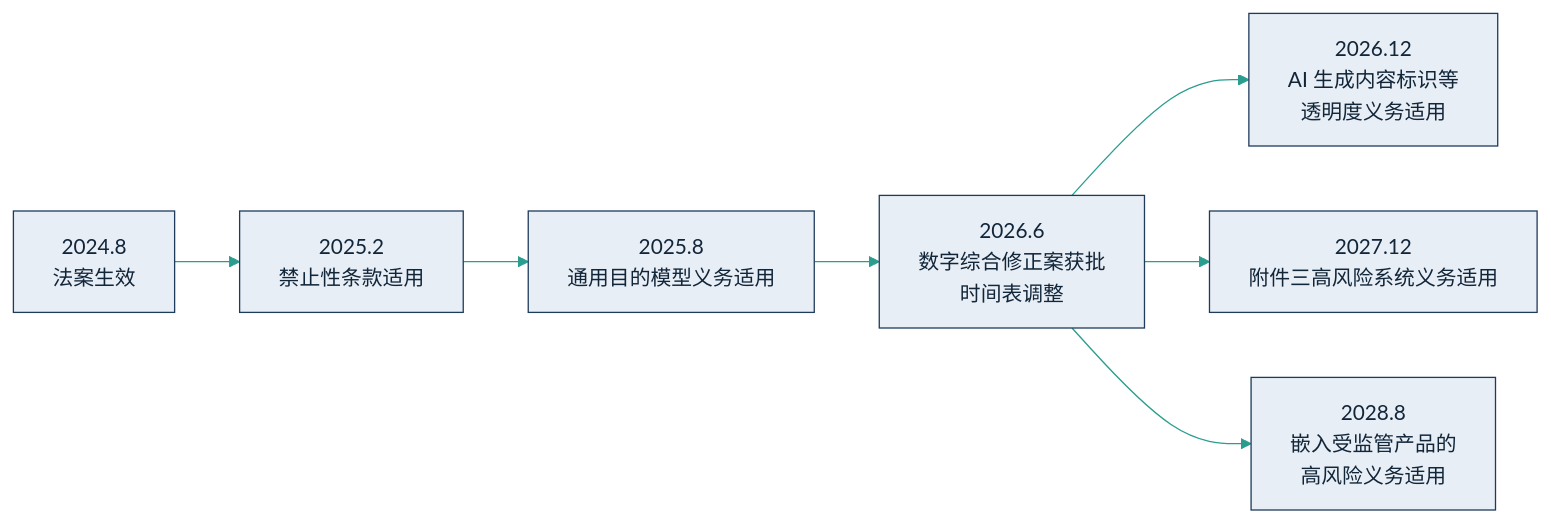
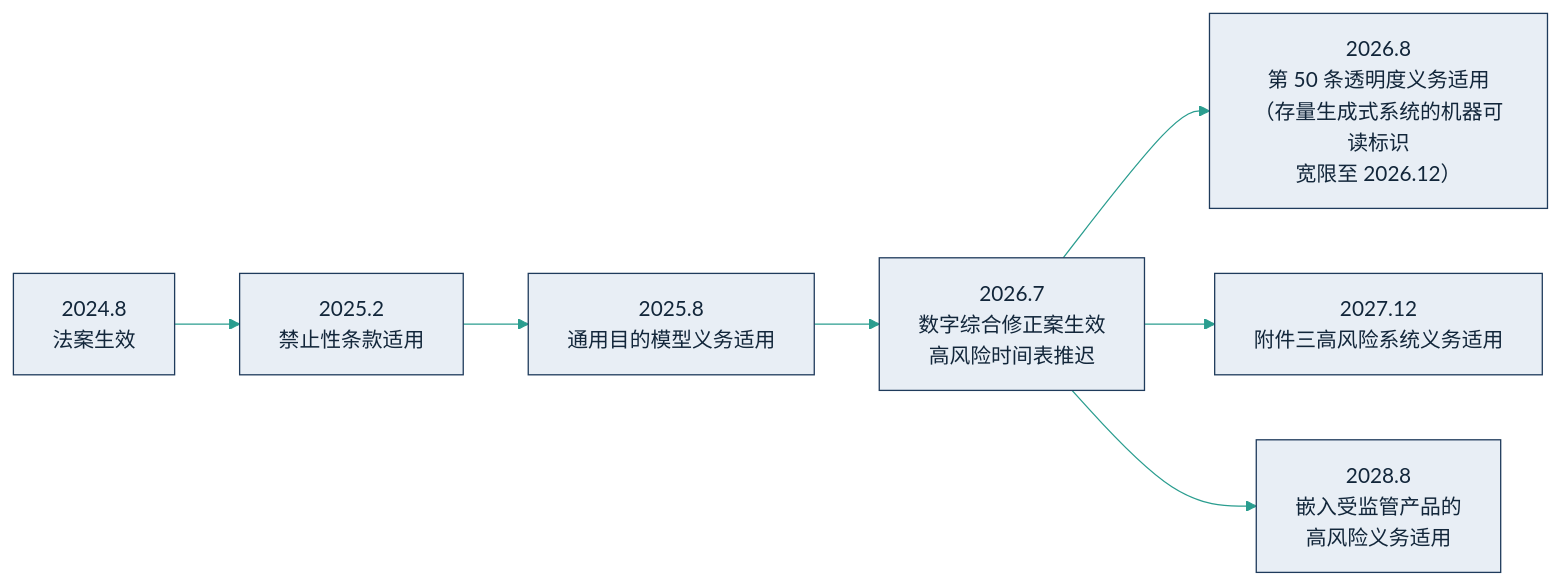
One commit to yeasy/ai_for_business_school changed the diagram in 12_governance/12.2_regulation.md. Above: the diagram before and after it, drawn with Mermaid. The commit also changed other lines of this file and 3 other files, not shown here.

````diff
--- a/12_governance/12.2_regulation.md
+++ b/12_governance/12.2_regulation.md
@@ -31,10 +31,10 @@
 ```mermaid
 %%{init: {"theme":"base","themeVariables":{"primaryColor":"#e8eef5","primaryBorderColor":"#1f3b5c","primaryTextColor":"#12263a","secondaryColor":"#e3f2ef","tertiaryColor":"#f7ecd4","lineColor":"#2a9d8f","fontFamily":"PingFang SC,Hiragino Sans GB,Microsoft YaHei,sans-serif"}}}%%
 flowchart LR
     EIF["2024.8<br/>法案生效"] --> BAN["2025.2<br/>禁止性条款适用"]
     BAN --> GPAI["2025.8<br/>通用目的模型义务适用"]
-    GPAI --> OMNI["2026.6<br/>数字综合修正案获批<br/>时间表调整"]
-    OMNI --> MARK["2026.12<br/>AI 生成内容标识等<br/>透明度义务适用"]
+    GPAI --> OMNI["2026.7<br/>数字综合修正案生效<br/>高风险时间表推迟"]
+    OMNI --> MARK["2026.8<br/>第 50 条透明度义务适用<br/>（存量生成式系统的机器可读标识<br/>宽限至 2026.12）"]
     OMNI --> HR1["2027.12<br/>附件三高风险系统义务适用"]
     OMNI --> HR2["2028.8<br/>嵌入受监管产品的<br/>高风险义务适用"]
 ```
````
